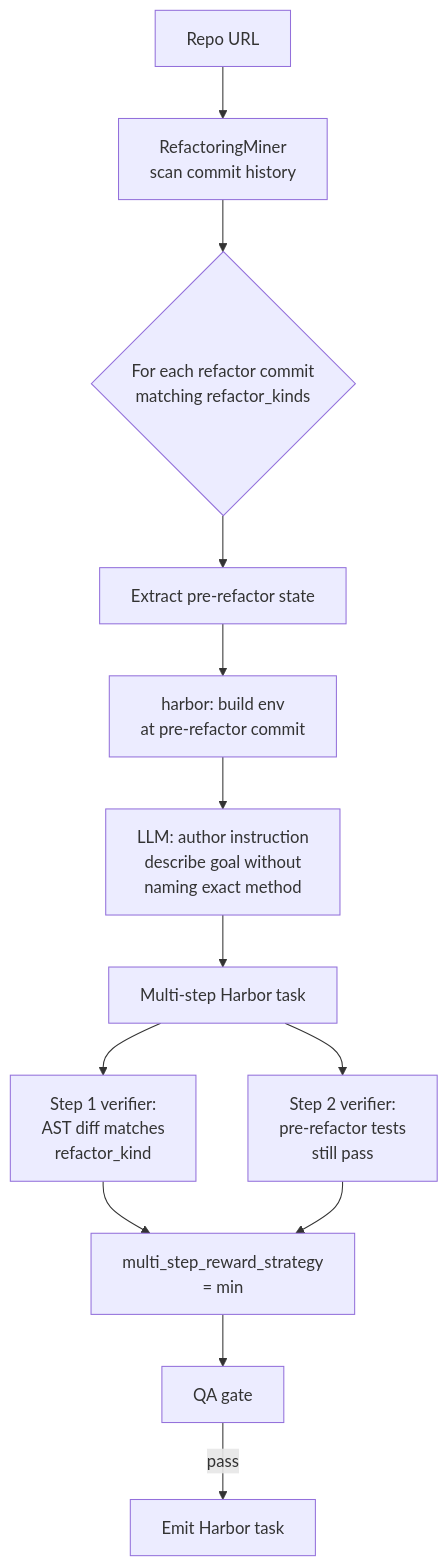
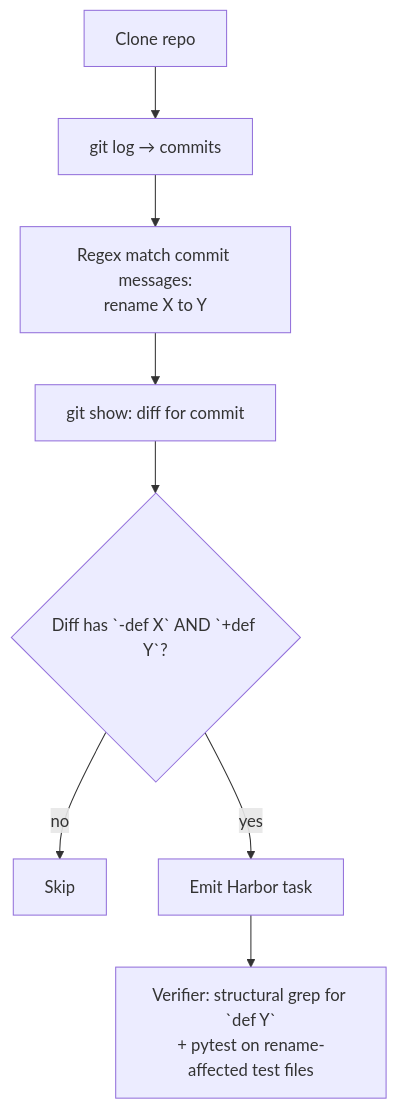
The diagram in docs/pipelines/refactor_synthesis.md (HarleyCoops/Repo2RLEnv), drawn with Mermaid before and after one commit. The commit also changed other lines of this file and 11 other files, not shown here.

````diff
--- a/docs/pipelines/refactor_synthesis.md
+++ b/docs/pipelines/refactor_synthesis.md
@@ -20,15 +33,10 @@
 ```mermaid
 flowchart TD
-    A[Repo URL] --> B[RefactoringMiner<br/>scan commit history]
-    B --> C{For each refactor commit<br/>matching refactor_kinds}
-    C --> D[Extract pre-refactor state]
-    D --> E[harbor: build env<br/>at pre-refactor commit]
-    E --> F[LLM: author instruction<br/>describe goal without<br/>naming exact method]
-    F --> G[Multi-step Harbor task]
-    G --> H[Step 1 verifier:<br/>AST diff matches<br/>refactor_kind]
-    G --> I[Step 2 verifier:<br/>pre-refactor tests<br/>still pass]
-    H --> J[multi_step_reward_strategy<br/>= min]
-    I --> J
-    J --> K[QA gate]
-    K -- pass --> L[Emit Harbor task]
+    A[Clone repo] --> B[git log → commits]
+    B --> C[Regex match commit messages:<br/>rename X to Y]
+    C --> D[git show: diff for commit]
+    D --> E{Diff has `-def X` AND `+def Y`?}
+    E -- no --> Z[Skip]
+    E -- yes --> F[Emit Harbor task]
+    F --> G[Verifier: structural grep for `def Y`<br/>+ pytest on rename-affected test files]
 ```
````
